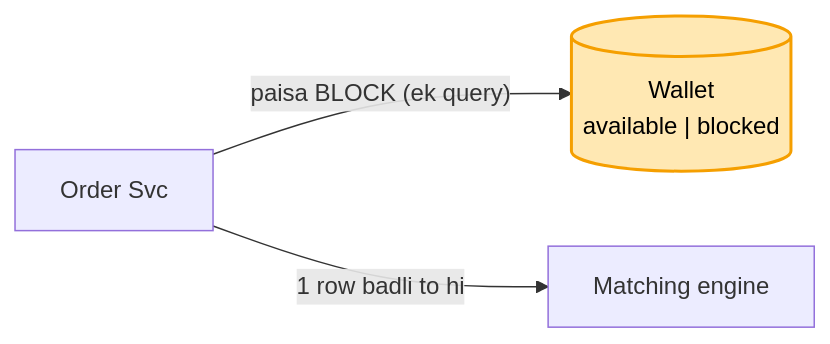
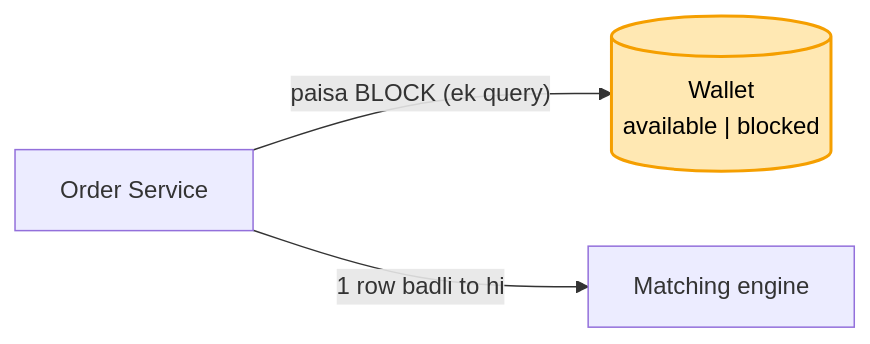
The third of 8 diagrams in 04_HLD/SYSTEM_DESIGNS/05_stock_broker_trading/05_stock_broker_trading.md (ArpanMaheshwari144/Prep), drawn with Mermaid before and after one commit. The commit also changed other lines of this file and 8 other files, not shown here.

````diff
--- a/04_HLD/SYSTEM_DESIGNS/05_stock_broker_trading/05_stock_broker_trading.md
+++ b/04_HLD/SYSTEM_DESIGNS/05_stock_broker_trading/05_stock_broker_trading.md
@@ -117,6 +117,6 @@
 ```mermaid
 flowchart LR
-    O["Order Svc"] -- "paisa BLOCK (ek query)" --> W[("Wallet<br/>available | blocked")]
+    O["Order Service"] -- "paisa BLOCK (ek query)" --> W[("Wallet<br/>available | blocked")]
     O -- "1 row badli to hi" --> M["Matching engine"]
     style W fill:#ffe8b3,stroke:#f59f00,stroke-width:2px,color:#000
 ```
````
